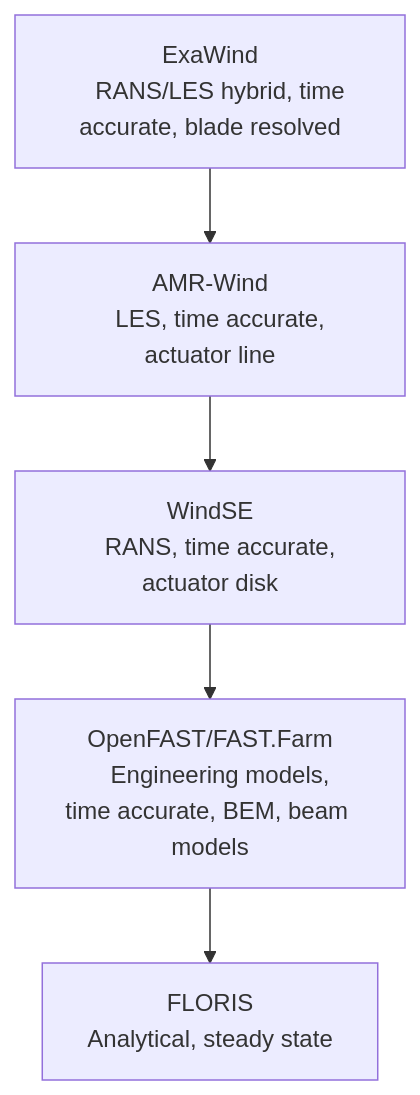
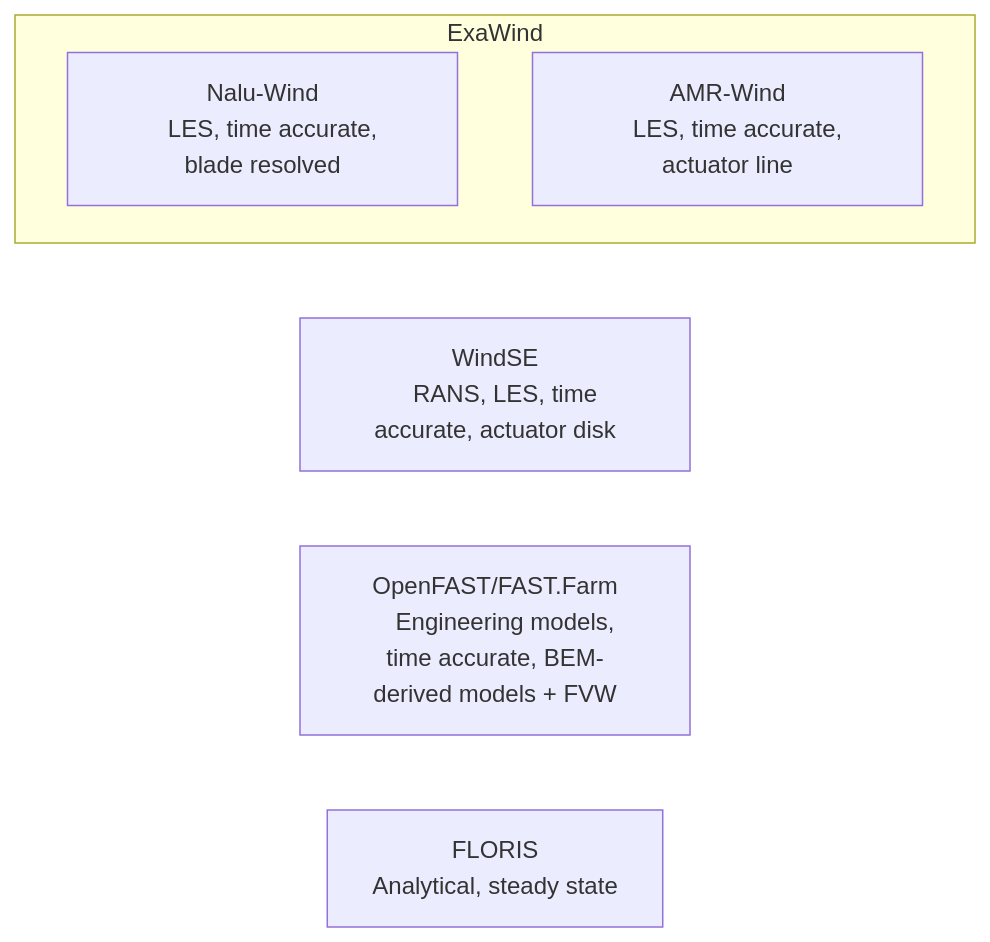
One commit to NREL/WETOStack changed the second of 2 diagrams in docs/capabilities/aero.md. Above: the diagram before and after it, drawn with Mermaid. The commit also changed other lines of this file, not shown here.

````diff
--- a/docs/capabilities/aero.md
+++ b/docs/capabilities/aero.md
@@ -8,22 +50,29 @@
 ```{mermaid}
 flowchart TD
-    A["ExaWind
-    RANS/LES hybrid, time accurate, blade resolved"]
+
+    A["Nalu-Wind
+    LES, time accurate, blade resolved"]
 
     B["AMR-Wind
     LES, time accurate, actuator line"]
 
     C["WindSE
-    RANS, time accurate, actuator disk"]
+    RANS, LES, time accurate, actuator disk"]
 
     D["OpenFAST/FAST.Farm
-    Engineering models, time accurate, BEM, beam models"]
+    Engineering models, time accurate, BEM-derived models + FVW"]
 
     E["FLORIS
     Analytical, steady state"]
 
-    A --> B
-    B --> C
-    C --> D
-    D --> E
+    subgraph ExaWind
+    A
+    B
+    end
+
+    A ~~~ C
+    B ~~~ C
+
+    C ~~~ D
+    D ~~~ E
 ```
````
